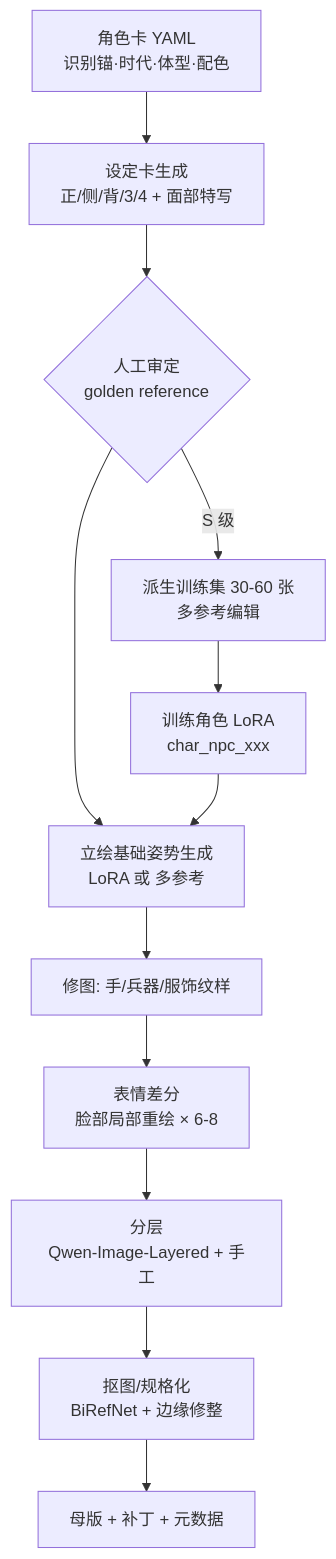
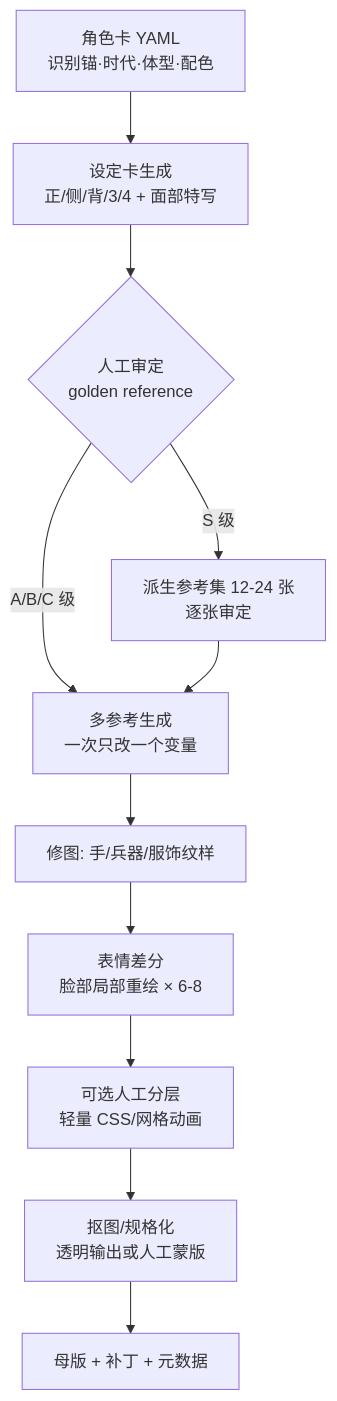
Before and after one commit to radarxc/jinyongqunxia: the fourth of 8 diagrams in docs/tech/07-asset-generation.md, drawn with Mermaid. The commit also changed other lines of this file and 1 other file, not shown here.

````diff
--- a/docs/tech/07-asset-generation.md
+++ b/docs/tech/07-asset-generation.md
@@ -615,14 +627,13 @@
 ```mermaid
 flowchart TD
   C0[角色卡 YAML<br/>识别锚·时代·体型·配色] --> C1[设定卡生成<br/>正/侧/背/3/4 + 面部特写]
   C1 --> C2{人工审定<br/>golden reference}
-  C2 -->|S 级| C3[派生训练集 30-60 张<br/>多参考编辑]
-  C3 --> C4[训练角色 LoRA<br/>char_npc_xxx]
-  C2 --> C5[立绘基础姿势生成<br/>LoRA 或 多参考]
-  C4 --> C5
+  C2 -->|S 级| C3[派生参考集 12-24 张<br/>逐张审定]
+  C2 -->|A/B/C 级| C5[多参考生成<br/>一次只改一个变量]
+  C3 --> C5
   C5 --> C6[修图: 手/兵器/服饰纹样]
   C6 --> C7[表情差分<br/>脸部局部重绘 × 6-8]
-  C7 --> C8[分层<br/>Qwen-Image-Layered + 手工]
-  C8 --> C9[抠图/规格化<br/>BiRefNet + 边缘修整]
+  C7 --> C8[可选人工分层<br/>轻量 CSS/网格动画]
+  C8 --> C9[抠图/规格化<br/>透明输出或人工蒙版]
   C9 --> C10[母版 + 补丁 + 元数据]
 ```
````
